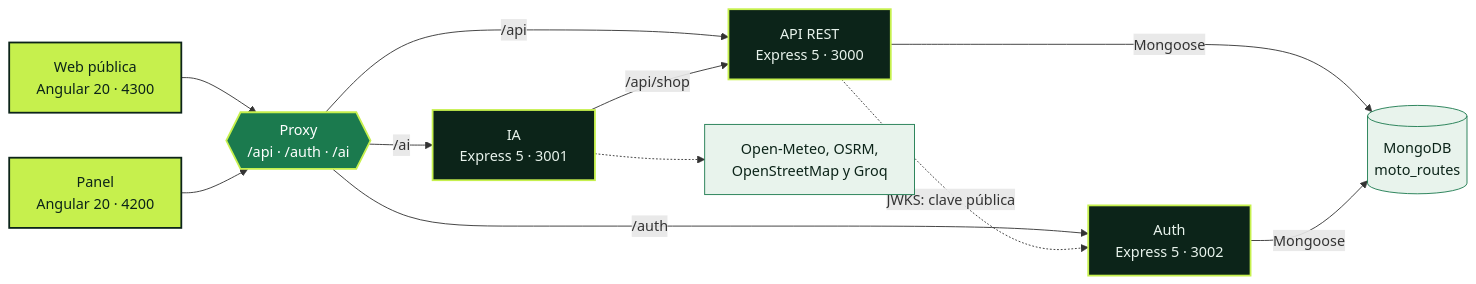
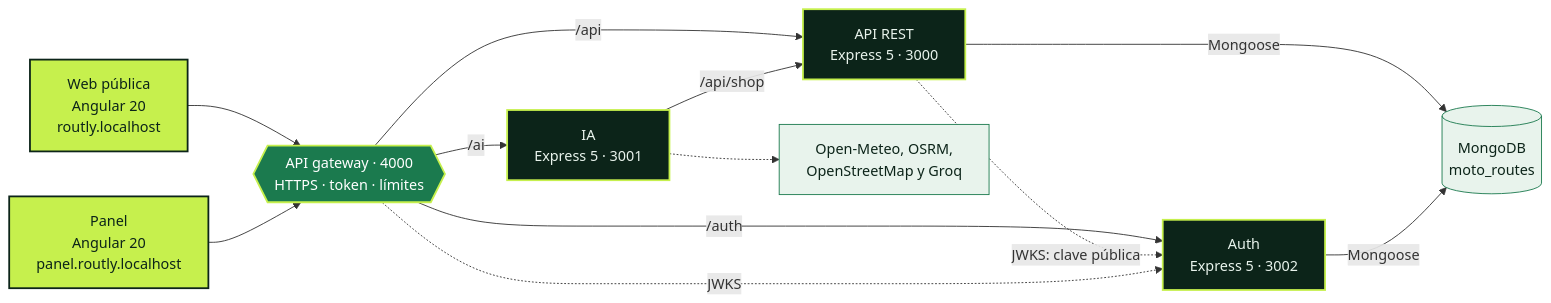
The first of 3 diagrams in README.md (Mauro-vs/Routly), drawn with Mermaid before and after one commit. The commit also changed other lines of this file and 10 other files, not shown here.

Commit message:
gateway: fase 4, la gateway en npm run dev, test y check, trust_proxy en los servicios y readmes con la api gateway hecha

````diff
--- a/README.md
+++ b/README.md
@@ -173,31 +174,32 @@
 ```mermaid
 flowchart LR
-    W["Web pública<br/>Angular 20 · 4300"]
-    A["Panel<br/>Angular 20 · 4200"]
-    P{{"Proxy<br/>/api · /auth · /ai"}}
+    W["Web pública<br/>Angular 20<br/>routly.localhost"]
+    A["Panel<br/>Angular 20<br/>panel.routly.localhost"]
+    P{{"API gateway · 4000<br/>HTTPS · token · límites"}}
     B["API REST<br/>Express 5 · 3000"]
     U["Auth<br/>Express 5 · 3002"]
     I["IA<br/>Express 5 · 3001"]
     C[("MongoDB<br/>moto_routes")]
     E["Open-Meteo, OSRM,<br/>OpenStreetMap y Groq"]
 
     W --> P
     A --> P
     P -- "/api" --> B
     P -- "/auth" --> U
     P -- "/ai" --> I
     I -- "/api/shop" --> B
     B -. "JWKS: clave pública" .-> U
+    P -. "JWKS" .-> U
     B -- "Mongoose" --> C
     U -- "Mongoose" --> C
     I -.-> E
 
     classDef front fill:#c6f04d,stroke:#0c2419,color:#0c2419,stroke-width:2px
     classDef app fill:#0c2419,stroke:#c6f04d,color:#e8f3ec,stroke-width:2px
     classDef edge fill:#1b7a4e,stroke:#c6f04d,color:#ffffff,stroke-width:2px
     classDef data fill:#e8f3ec,stroke:#1b7a4e,color:#0c2419
     class W,A front
     class B,U,I app
     class P edge
     class C,E data
 ```
````
